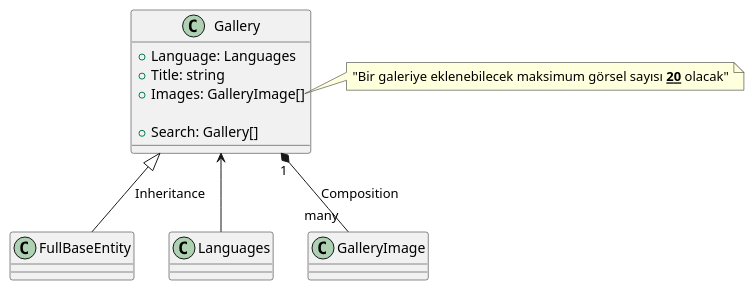
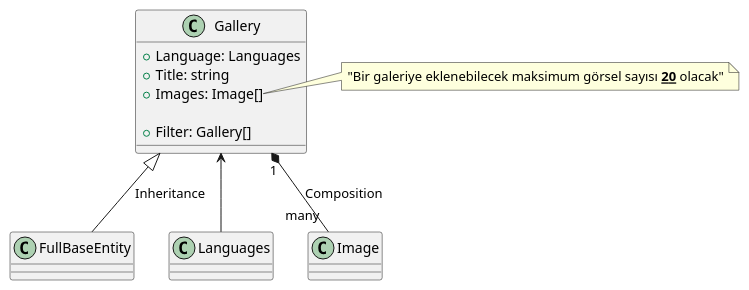
One commit to evrendev/sport-club changed the diagram in uml/Gallery/Gallery.puml. Above: the diagram before and after it, drawn with PlantUML. The commit also changed 40 other files, not shown here.

```diff
--- a/uml/Gallery/Gallery.puml
+++ b/uml/Gallery/Gallery.puml
@@ -1,19 +1,19 @@
 @startuml Gallery Class Diagram
 
 class Gallery  {
     + Language: Languages
     + Title: string
-    + Images: GalleryImage[]
+    + Images: Image[]
 
-    + Search: Gallery[]
+    + Filter: Gallery[]
 }
 
 note right of Gallery::Images 
 "Bir galeriye eklenebilecek maksimum görsel sayısı <b><u>20</u></b> olacak"
 end note
 
 Gallery <|-- FullBaseEntity: Inheritance
 Gallery <-- Languages 
-Gallery "1" *-- "many" GalleryImage: Composition
+Gallery "1" *-- "many" Image: Composition
  
 @enduml
```
